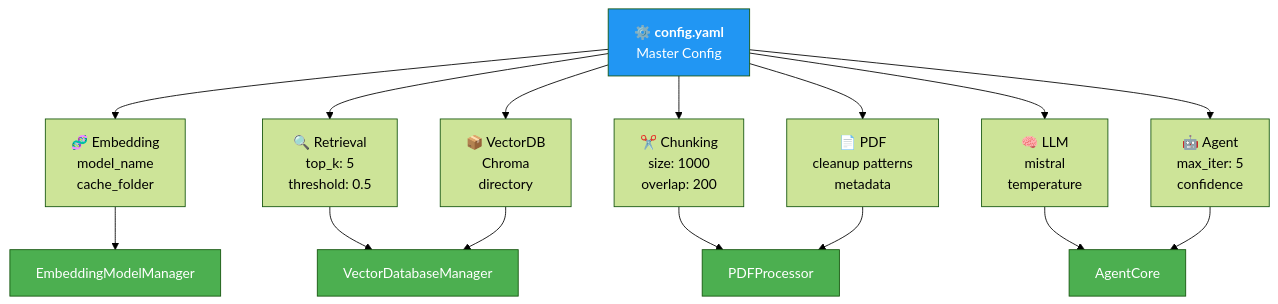
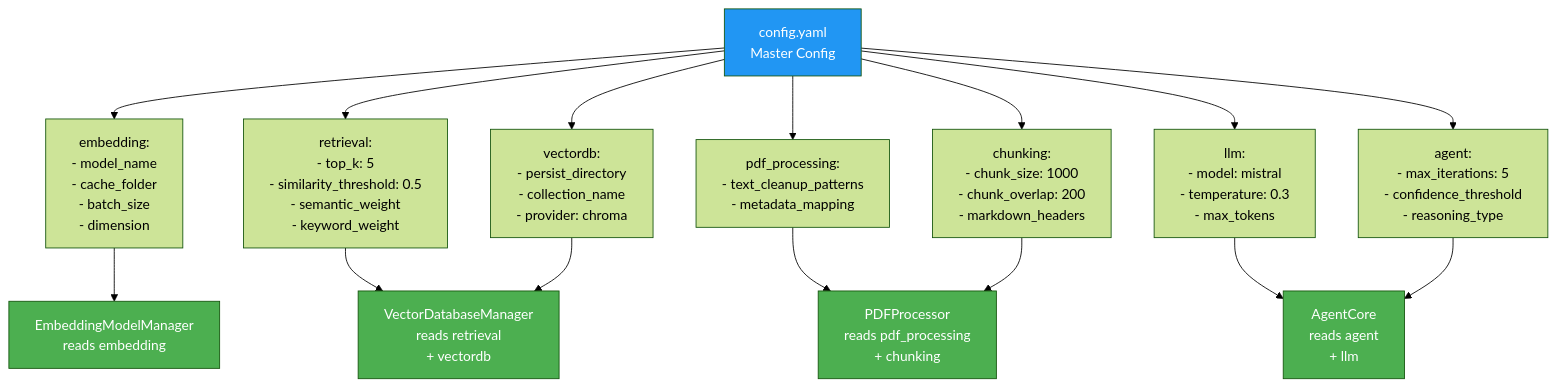
One commit to Wanlee0701/hust-agentic-rag changed the seventh of 7 diagrams in docs/ARCHITECTURE_DIAGRAM_AGENTIC_RAG.md. Above: the diagram before and after it, drawn with Mermaid (forest theme). The commit also changed other lines of this file and 32 other files, not shown here.

Commit message:
feat: restructure directory architecture and prepare for open-source release

````diff
--- a/docs/ARCHITECTURE_DIAGRAM_AGENTIC_RAG.md
+++ b/docs/ARCHITECTURE_DIAGRAM_AGENTIC_RAG.md
@@ -244,39 +400,45 @@
 ```mermaid
 graph TD
-    CONFIG["<b>⚙️ config.yaml</b><br/>Master Config"]
+    CONFIG["config.yaml<br/>Master Config"]
     
-    EMBED_SET["🧬 Embedding<br/>model_name<br/>cache_folder"]
-    RET_SET["🔍 Retrieval<br/>top_k: 5<br/>threshold: 0.5"]
-    CHUNK_SET["✂️ Chunking<br/>size: 1000<br/>overlap: 200"]
-    PDF_SET["📄 PDF<br/>cleanup patterns<br/>metadata"]
-    VDB_SET["📦 VectorDB<br/>Chroma<br/>directory"]
-    LLM_SET["🧠 LLM<br/>mistral<br/>temperature"]
-    AGENT_SET["🤖 Agent<br/>max_iter: 5<br/>confidence"]
+    EMBEDDING_CFG["embedding:<br/>- model_name<br/>- cache_folder<br/>- batch_size<br/>- dimension"]
     
-    EM["EmbeddingModelManager"]
-    VDB_MGR["VectorDatabaseManager"]
-    PDF_PROC["PDFProcessor"]
-    AGENT["AgentCore"]
+    RETRIEVAL_CFG["retrieval:<br/>- top_k: 5<br/>- similarity_threshold: 0.5<br/>- semantic_weight<br/>- keyword_weight"]
     
-    CONFIG --> EMBED_SET
-    CONFIG --> RET_SET
-    CONFIG --> CHUNK_SET
-    CONFIG --> PDF_SET
-    CONFIG --> VDB_SET
-    CONFIG --> LLM_SET
-    CONFIG --> AGENT_SET
+    CHUNKING_CFG["chunking:<br/>- chunk_size: 1000<br/>- chunk_overlap: 200<br/>- markdown_headers"]
     
-    EMBED_SET --> EM
-    RET_SET --> VDB_MGR
-    VDB_SET --> VDB_MGR
-    CHUNK_SET --> PDF_PROC
-    PDF_SET --> PDF_PROC
-    LLM_SET --> AGENT
-    AGENT_SET --> AGENT
+    PDF_CFG["pdf_processing:<br/>- text_cleanup_patterns<br/>- metadata_mapping"]
+    
+    VDB_CFG["vectordb:<br/>- persist_directory<br/>- collection_name<br/>- provider: chroma"]
+    
+    LLM_CFG["llm:<br/>- model: mistral<br/>- temperature: 0.3<br/>- max_tokens"]
+    
+    AGENT_CFG["agent:<br/>- max_iterations: 5<br/>- confidence_threshold<br/>- reasoning_type"]
+    
+    EM["EmbeddingModelManager<br/>reads embedding"]
+    VDB_MGR["VectorDatabaseManager<br/>reads retrieval<br/>+ vectordb"]
+    PDF_PROC["PDFProcessor<br/>reads pdf_processing<br/>+ chunking"]
+    AGENT["AgentCore<br/>reads agent<br/>+ llm"]
+    
+    CONFIG --> EMBEDDING_CFG
+    CONFIG --> RETRIEVAL_CFG
+    CONFIG --> CHUNKING_CFG
+    CONFIG --> PDF_CFG
+    CONFIG --> VDB_CFG
+    CONFIG --> LLM_CFG
+    CONFIG --> AGENT_CFG
+    
+    EMBEDDING_CFG --> EM
+    RETRIEVAL_CFG --> VDB_MGR
+    VDB_CFG --> VDB_MGR
+    PDF_CFG --> PDF_PROC
+    CHUNKING_CFG --> PDF_PROC
+    LLM_CFG --> AGENT
+    AGENT_CFG --> AGENT
     
     style CONFIG fill:#2196f3,color:#fff
     style EM fill:#4caf50,color:#fff
     style VDB_MGR fill:#4caf50,color:#fff
     style PDF_PROC fill:#4caf50,color:#fff
     style AGENT fill:#4caf50,color:#fff
 ```
````
